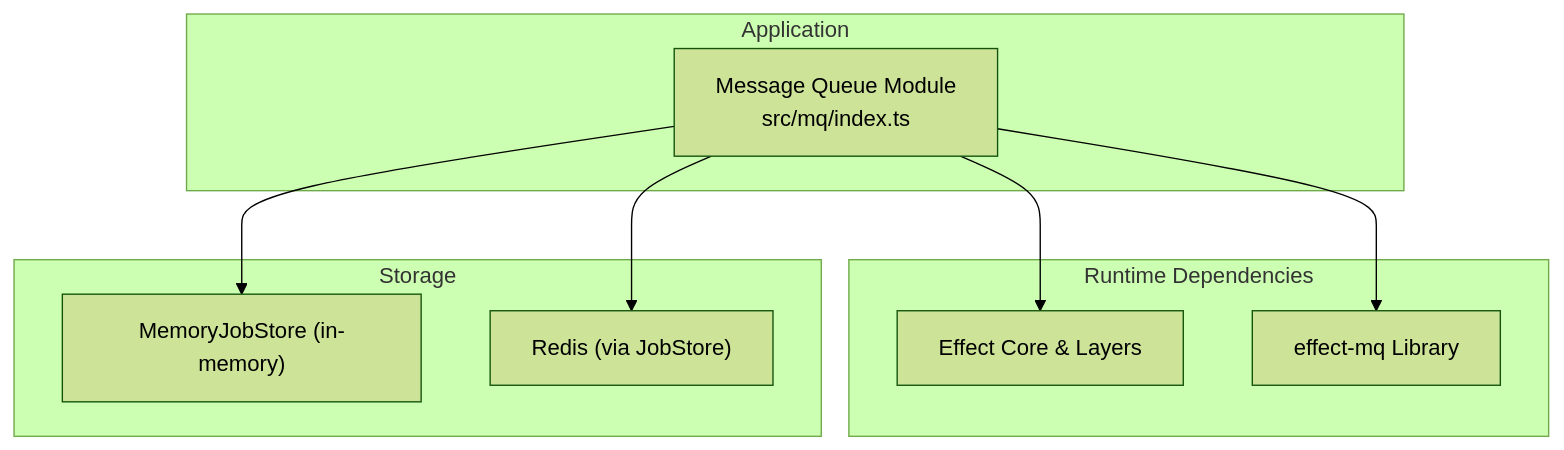
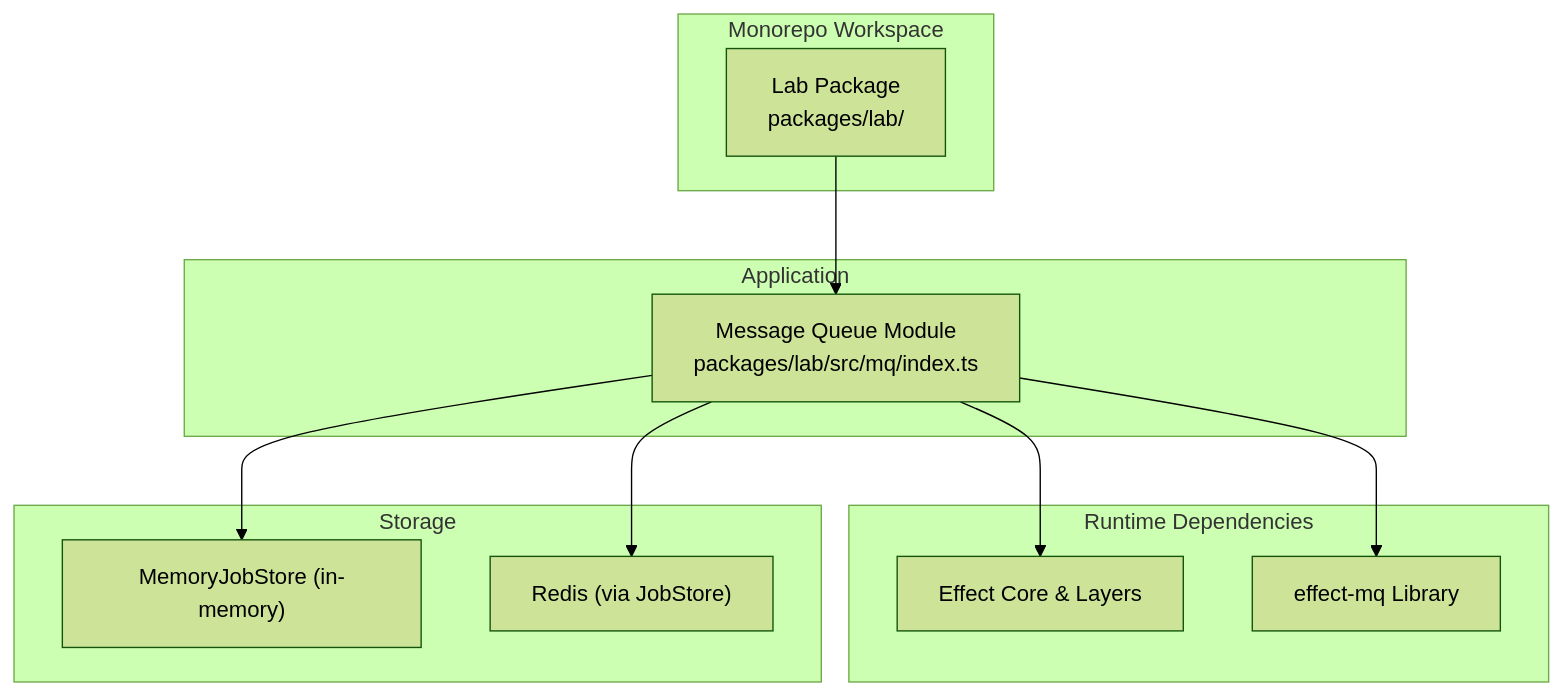
The first of 6 diagrams in .qoder/repowiki/en/content/Concurrency and Utilities/Message Queue Integration.md (6qat/lab-effect4), drawn with Mermaid (forest theme) before and after one commit. The commit also changed other lines of this file and 140 other files, not shown here.

````diff
--- a/.qoder/repowiki/en/content/Concurrency and Utilities/Message Queue Integration.md
+++ b/.qoder/repowiki/en/content/Concurrency and Utilities/Message Queue Integration.md
@@ -28,18 +36,22 @@
 ```mermaid
 graph TB
+subgraph "Monorepo Workspace"
+Lab["Lab Package<br/>packages/lab/"]
+end
 subgraph "Application"
-MQ["Message Queue Module<br/>src/mq/index.ts"]
+MQ["Message Queue Module<br/>packages/lab/src/mq/index.ts"]
 end
 subgraph "Runtime Dependencies"
 Effect["Effect Core & Layers"]
 EffectMQ["effect-mq Library"]
 end
 subgraph "Storage"
 Memory["MemoryJobStore (in-memory)"]
 Redis["Redis (via JobStore)"]
 end
+Lab --> MQ
 MQ --> EffectMQ
 MQ --> Effect
 MQ --> Memory
 MQ --> Redis
 ```
````
